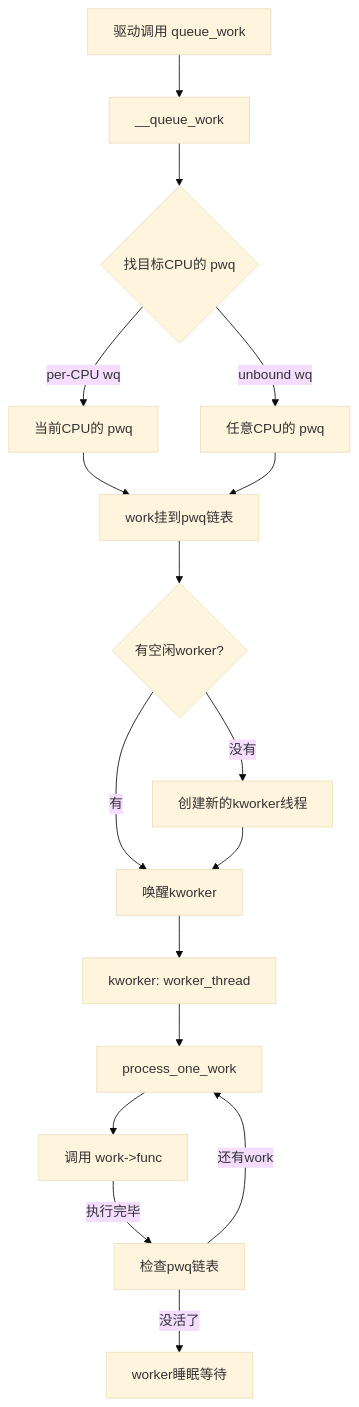
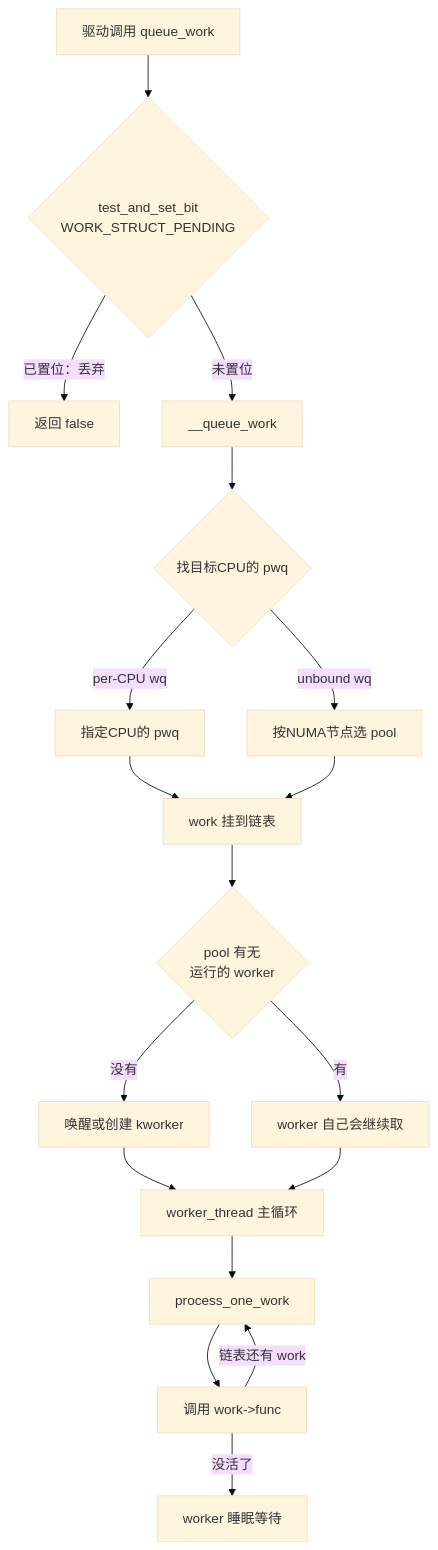
One commit to xiaohong0925/Embedded_Knowledge_System_V2026 changed the diagram in docs/02-核心机制深度解析/第10章 中断与时间/10.3.4_workqueue详解.md. Above: the diagram before and after it, drawn with Mermaid (base theme). The commit also changed other lines of this file and 65 other files, not shown here.

````diff
--- a/docs/02-核心机制深度解析/第10章 中断与时间/10.3.4_workqueue详解.md
+++ b/docs/02-核心机制深度解析/第10章 中断与时间/10.3.4_workqueue详解.md
@@ -111,19 +81,20 @@
 ```mermaid
 flowchart TD
-    A[驱动调用 queue_work] --> B[__queue_work]
-    B --> C{找目标CPU的 pwq}
-    C -->|per-CPU wq| D[当前CPU的 pwq]
-    C -->|unbound wq| E[任意CPU的 pwq]
-    D --> F[work挂到pwq链表]
-    E --> F
-    F --> G{有空闲worker?}
-    G -->|没有| H[创建新的kworker线程]
-    G -->|有| I[唤醒kworker]
-    H --> I
-    I --> J[kworker: worker_thread]
-    J --> K[process_one_work]
-    K --> L[调用 work->func]
-    L -->|执行完毕| M[检查pwq链表]
-    M -->|还有work| K
-    M -->|没活了| N[worker睡眠等待]
+    A[驱动调用 queue_work] --> B{test_and_set_bit<br>WORK_STRUCT_PENDING}
+    B -->|已置位：丢弃| Z[返回 false]
+    B -->|未置位| C[__queue_work]
+    C --> D{找目标CPU的 pwq}
+    D -->|per-CPU wq| E[指定CPU的 pwq]
+    D -->|unbound wq| F[按NUMA节点选 pool]
+    E --> G[work 挂到链表]
+    F --> G
+    G --> H{pool 有无<br>运行的 worker}
+    H -->|没有| I[唤醒或创建 kworker]
+    H -->|有| J[worker 自己会继续取]
+    I --> K[worker_thread 主循环]
+    J --> K
+    K --> L[process_one_work]
+    L --> M[调用 work->func]
+    M -->|链表还有 work| L
+    M -->|没活了| N[worker 睡眠等待]
 ```
````
